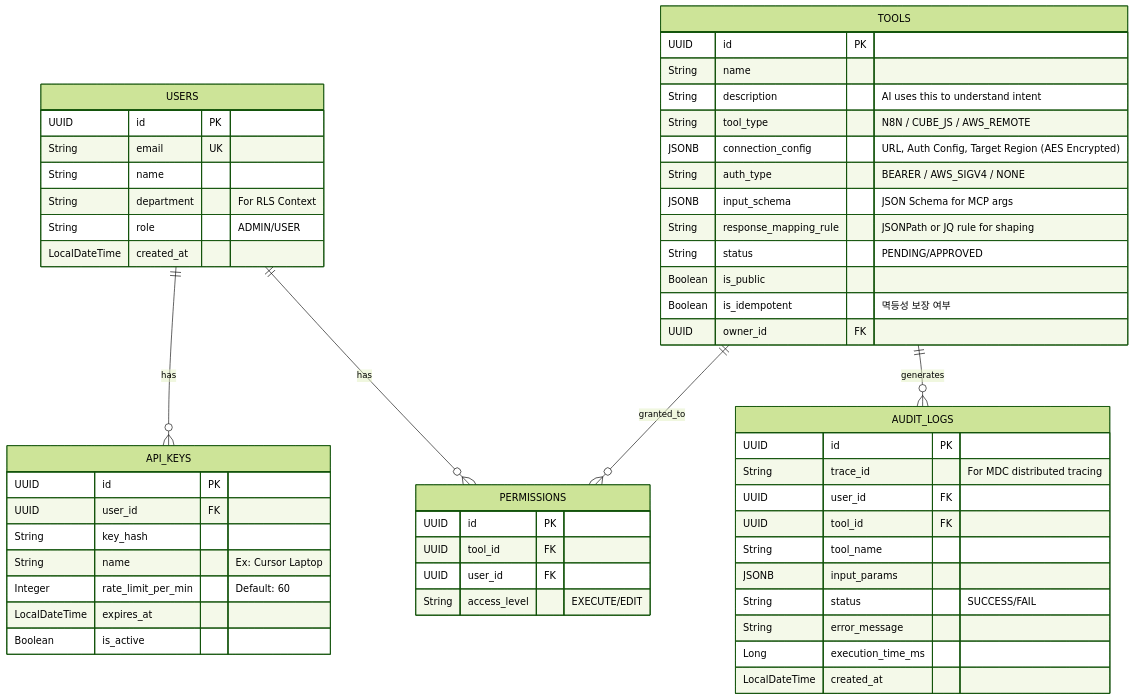
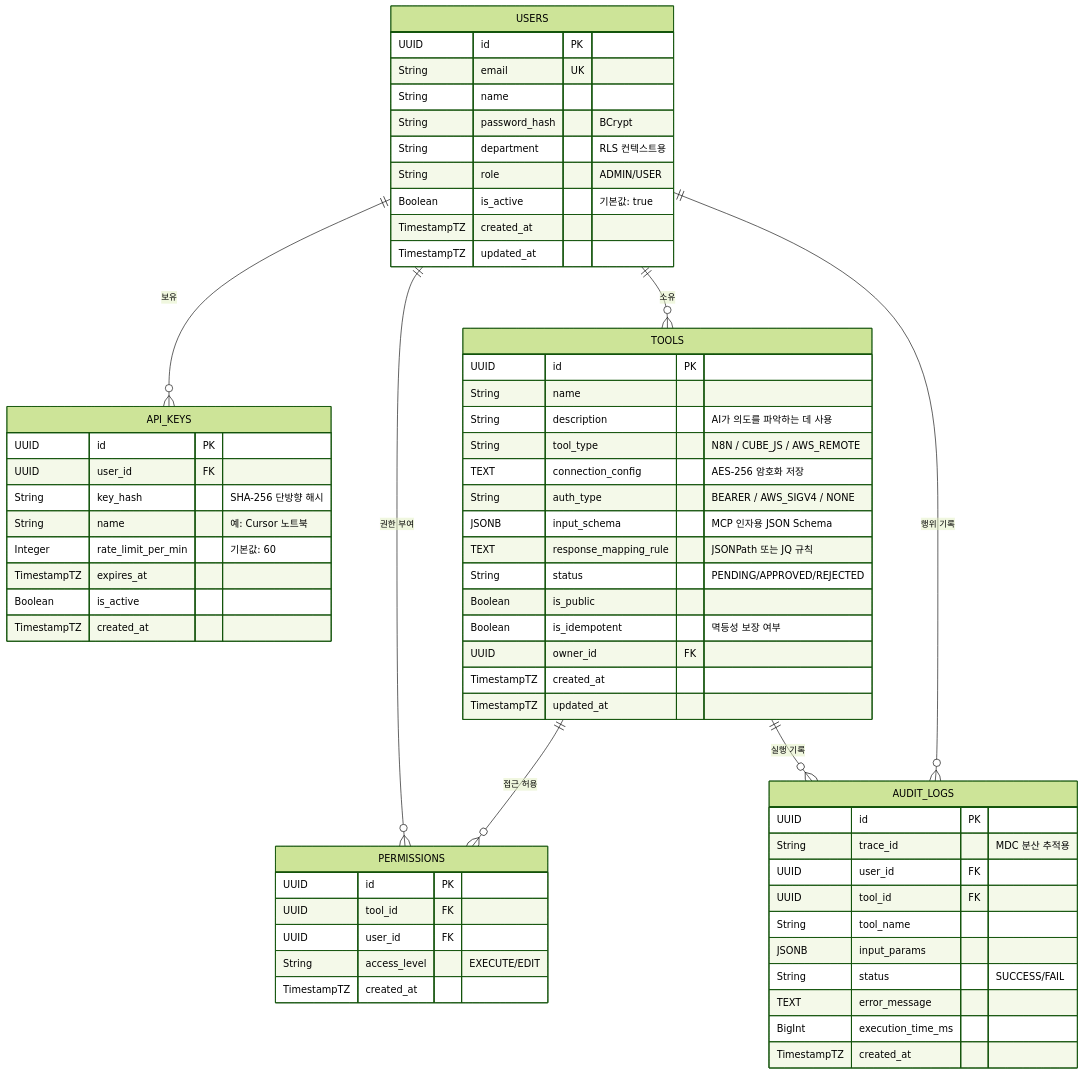
One commit to gogakaka/public_mcp_portal changed the diagram in docs/PRD.md. Above: the diagram before and after it, drawn with Mermaid (forest theme). The commit also changed other lines of this file and 155 other files, not shown here.

````diff
--- a/docs/PRD.md
+++ b/docs/PRD.md
@@ -137,57 +171,66 @@
 ```mermaid
 erDiagram
     USERS {
         UUID id PK
         String email UK
         String name
-        String department "For RLS Context"
+        String password_hash "BCrypt"
+        String department "RLS 컨텍스트용"
         String role "ADMIN/USER"
-        LocalDateTime created_at
+        Boolean is_active "기본값: true"
+        TimestampTZ created_at
+        TimestampTZ updated_at
     }
     API_KEYS {
         UUID id PK
         UUID user_id FK
-        String key_hash
-        String name "Ex: Cursor Laptop"
-        Integer rate_limit_per_min "Default: 60"
-        LocalDateTime expires_at
+        String key_hash "SHA-256 단방향 해시"
+        String name "예: Cursor 노트북"
+        Integer rate_limit_per_min "기본값: 60"
+        TimestampTZ expires_at
         Boolean is_active
+        TimestampTZ created_at
     }
     TOOLS {
         UUID id PK
         String name
-        String description "AI uses this to understand intent"
+        String description "AI가 의도를 파악하는 데 사용"
         String tool_type "N8N / CUBE_JS / AWS_REMOTE"
-        JSONB connection_config "URL, Auth Config, Target Region (AES Encrypted)"
+        TEXT connection_config "AES-256 암호화 저장"
         String auth_type "BEARER / AWS_SIGV4 / NONE"
-        JSONB input_schema "JSON Schema for MCP args"
-        String response_mapping_rule "JSONPath or JQ rule for shaping"
-        String status "PENDING/APPROVED"
+        JSONB input_schema "MCP 인자용 JSON Schema"
+        TEXT response_mapping_rule "JSONPath 또는 JQ 규칙"
+        String status "PENDING/APPROVED/REJECTED"
         Boolean is_public
         Boolean is_idempotent "멱등성 보장 여부"
         UUID owner_id FK
+        TimestampTZ created_at
+        TimestampTZ updated_at
     }
     PERMISSIONS {
         UUID id PK
         UUID tool_id FK
         UUID user_id FK
         String access_level "EXECUTE/EDIT"
+        TimestampTZ created_at
     }
     AUDIT_LOGS {
         UUID id PK
-        String trace_id "For MDC distributed tracing"
+        String trace_id "MDC 분산 추적용"
         UUID user_id FK
         UUID tool_id FK
         String tool_name
         JSONB input_params
         String status "SUCCESS/FAIL"
-        String error_message
-        Long execution_time_ms
-        LocalDateTime created_at
+        TEXT error_message
+        BigInt execution_time_ms
+        TimestampTZ created_at
     }
 
-    USERS ||--o{ API_KEYS : has
-    USERS ||--o{ PERMISSIONS : has
-    TOOLS ||--o{ PERMISSIONS : granted_to
-    TOOLS ||--o{ AUDIT_LOGS : generates
+    USERS ||--o{ API_KEYS : "보유"
+    USERS ||--o{ PERMISSIONS : "권한 부여"
+    USERS ||--o{ TOOLS : "소유"
+    TOOLS ||--o{ PERMISSIONS : "접근 허용"
+    TOOLS ||--o{ AUDIT_LOGS : "실행 기록"
+    USERS ||--o{ AUDIT_LOGS : "행위 기록"
 ```
````
